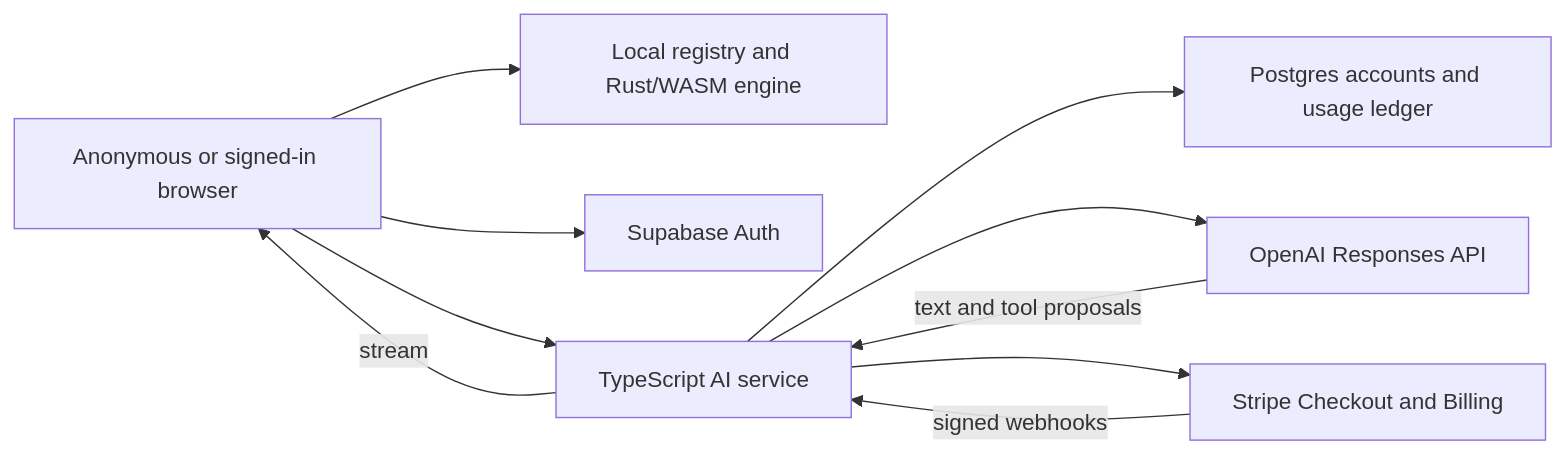
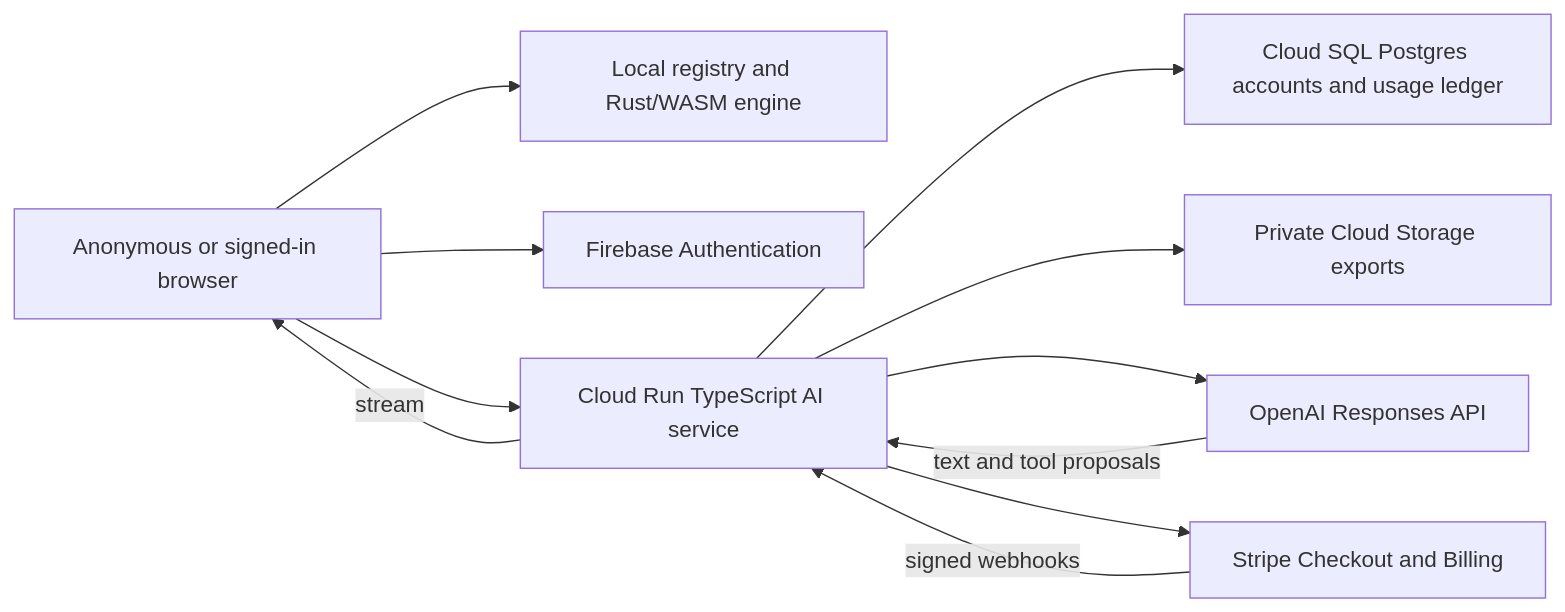
The diagram in docs/plans/545-ai-backend.md (andeplane/fem-lab), drawn with Mermaid before and after one commit. The commit also changed other lines of this file, not shown here.

Commit message:
docs(545): plan Google Cloud hosting and Cloudflare domain choices

````diff
--- a/docs/plans/545-ai-backend.md
+++ b/docs/plans/545-ai-backend.md
@@ -75,12 +136,13 @@
 ```mermaid
 flowchart LR
     U[Anonymous or signed-in browser] --> E[Local registry and Rust/WASM engine]
-    U --> A[Supabase Auth]
-    U --> S[TypeScript AI service]
-    S --> D[Postgres accounts and usage ledger]
+    U --> A[Firebase Authentication]
+    U --> S[Cloud Run TypeScript AI service]
+    S --> D[Cloud SQL Postgres accounts and usage ledger]
+    S --> G[Private Cloud Storage exports]
     S --> L[OpenAI Responses API]
     S --> B[Stripe Checkout and Billing]
     B -->|signed webhooks| S
     L -->|text and tool proposals| S
     S -->|stream| U
 ```
````
